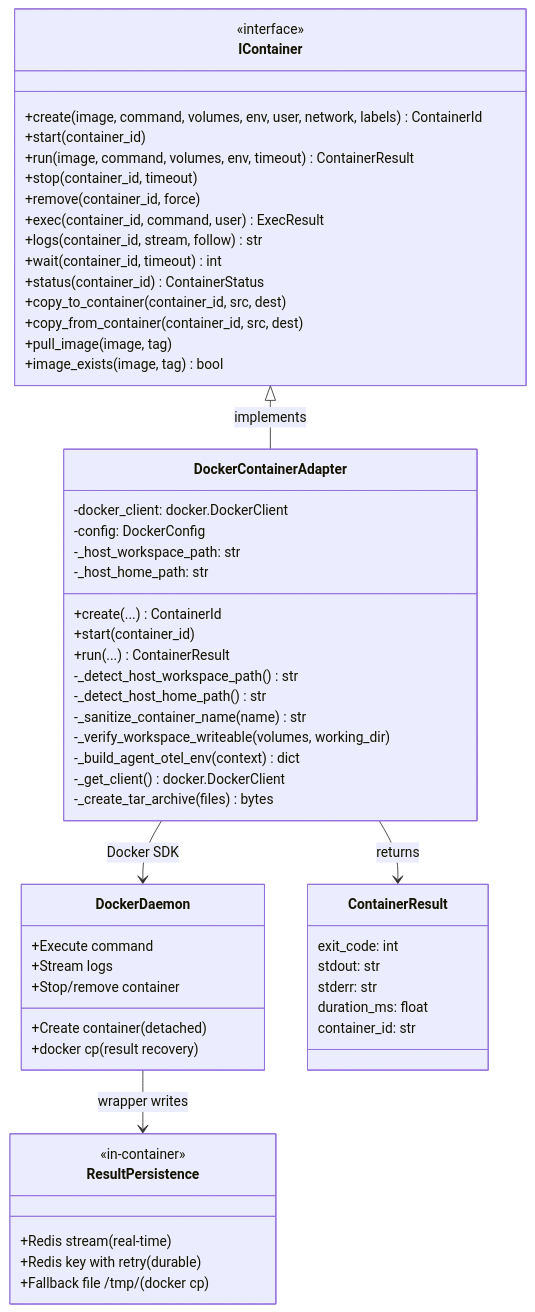
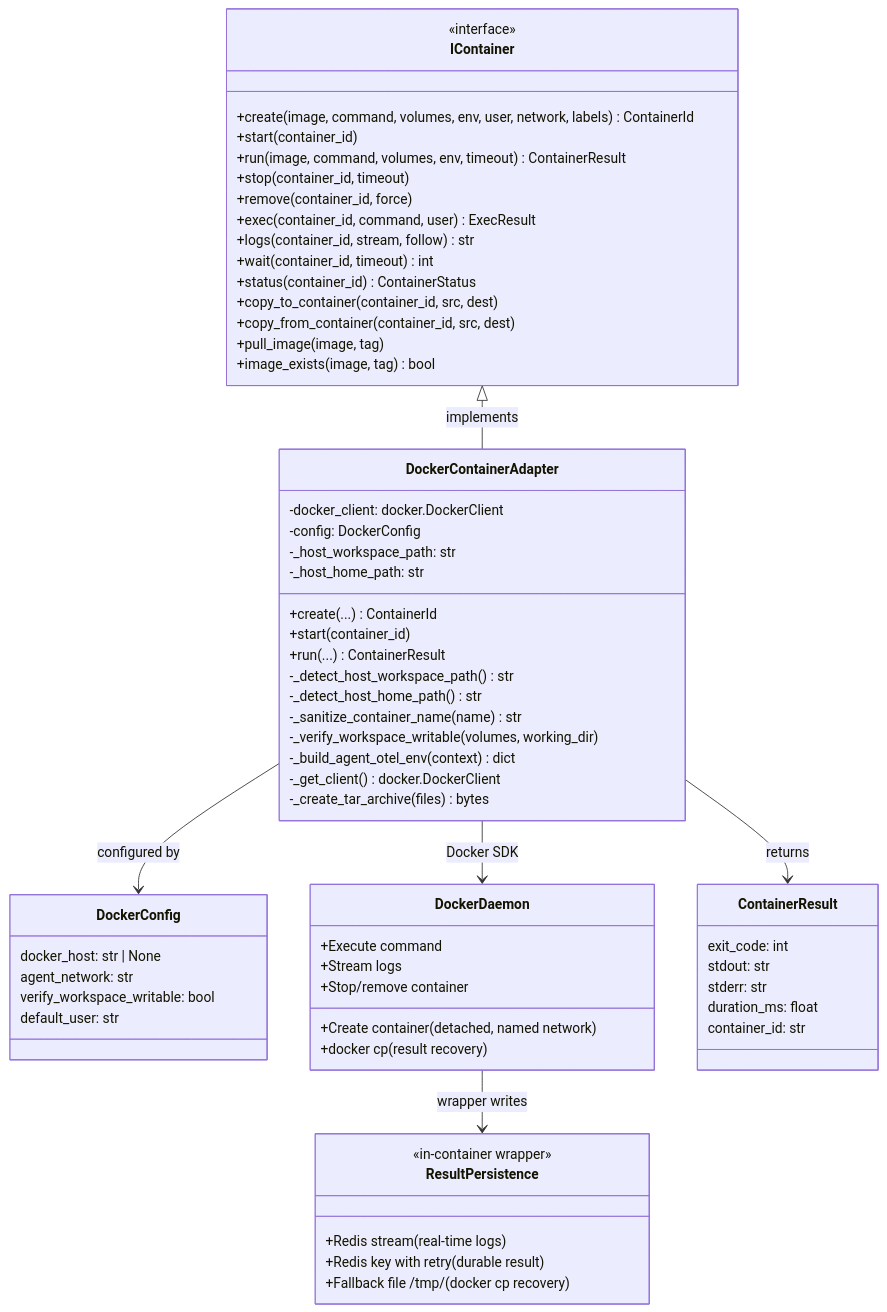
Before and after one commit to tinkermonkey/codetoreum: the diagram in documentation/architecture/adapters/production/docker-container-adapter.md, drawn with Mermaid. The commit also changed other lines of this file, not shown here.

First line of the commit message:
[Docs] Fix DockerContainerAdapter design — network isolation, write check placement, OTEL endpoint

````diff
--- a/documentation/architecture/adapters/production/docker-container-adapter.md
+++ b/documentation/architecture/adapters/production/docker-container-adapter.md
@@ -620,64 +709,72 @@
 ```mermaid
 classDiagram
     class IContainer {
         <<interface>>
         +create(image, command, volumes, env, user, network, labels) ContainerId
         +start(container_id)
         +run(image, command, volumes, env, timeout) ContainerResult
         +stop(container_id, timeout)
         +remove(container_id, force)
         +exec(container_id, command, user) ExecResult
         +logs(container_id, stream, follow) str
         +wait(container_id, timeout) int
         +status(container_id) ContainerStatus
         +copy_to_container(container_id, src, dest)
         +copy_from_container(container_id, src, dest)
         +pull_image(image, tag)
         +image_exists(image, tag) bool
     }
 
     class DockerContainerAdapter {
         -docker_client: docker.DockerClient
         -config: DockerConfig
         -_host_workspace_path: str
         -_host_home_path: str
         +create(...) ContainerId
         +start(container_id)
         +run(...) ContainerResult
         -_detect_host_workspace_path() str
         -_detect_host_home_path() str
         -_sanitize_container_name(name) str
-        -_verify_workspace_writeable(volumes, working_dir)
+        -_verify_workspace_writable(volumes, working_dir)
         -_build_agent_otel_env(context) dict
         -_get_client() docker.DockerClient
         -_create_tar_archive(files) bytes
     }
 
+    class DockerConfig {
+        docker_host: str | None
+        agent_network: str
+        verify_workspace_writable: bool
+        default_user: str
+    }
+
     class DockerDaemon {
-        +Create container (detached)
+        +Create container (detached, named network)
         +Execute command
         +Stream logs
         +Stop/remove container
         +docker cp (result recovery)
     }
 
     class ContainerResult {
         exit_code: int
         stdout: str
         stderr: str
         duration_ms: float
         container_id: str
     }
 
     class ResultPersistence {
-        <<in-container>>
-        +Redis stream (real-time)
-        +Redis key with retry (durable)
-        +Fallback file /tmp/ (docker cp)
+        <<in-container wrapper>>
+        +Redis stream (real-time logs)
+        +Redis key with retry (durable result)
+        +Fallback file /tmp/ (docker cp recovery)
     }
 
     IContainer <|-- DockerContainerAdapter: implements
+    DockerContainerAdapter --> DockerConfig: configured by
     DockerContainerAdapter --> DockerDaemon: Docker SDK
     DockerContainerAdapter --> ContainerResult: returns
     DockerDaemon --> ResultPersistence: wrapper writes
 ```
````
